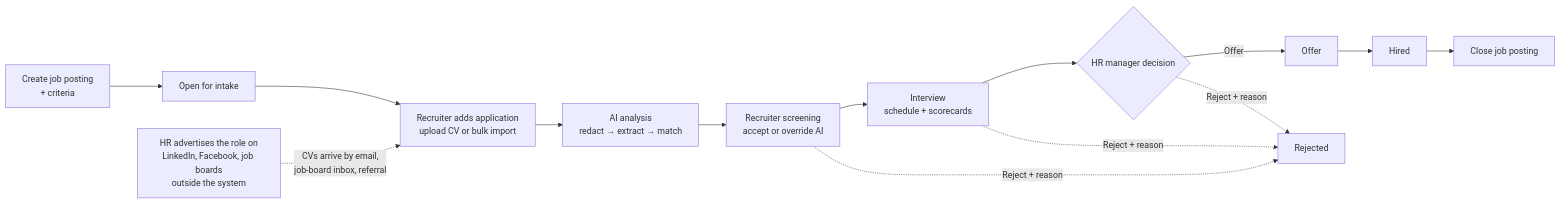
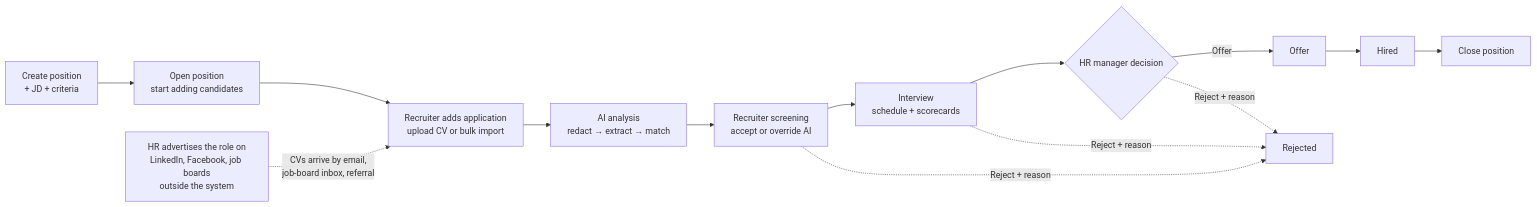
The diagram in docs/01-research-top-down.md (duongk18FPTU/recruitment-ats), drawn with Mermaid before and after one commit. The commit also changed other lines of this file and 19 other files, not shown here.

````diff
--- a/docs/01-research-top-down.md
+++ b/docs/01-research-top-down.md
@@ -68,16 +68,16 @@
 ```mermaid
 flowchart LR
-    A[Create job posting<br/>+ criteria] --> B[Open for intake]
+    A[Create position<br/>+ JD + criteria] --> B[Open position<br/>start adding candidates]
     X[HR advertises the role on<br/>LinkedIn, Facebook, job boards<br/>outside the system] -.->|CVs arrive by email,<br/>job-board inbox, referral| C
     B --> C[Recruiter adds application<br/>upload CV or bulk import]
     C --> D[AI analysis<br/>redact → extract → match]
     D --> E[Recruiter screening<br/>accept or override AI]
     E --> F[Interview<br/>schedule + scorecards]
     F --> G{HR manager decision}
     G -->|Offer| H[Offer]
     H --> I[Hired]
     E -.->|Reject + reason| R[Rejected]
     F -.->|Reject + reason| R
     G -.->|Reject + reason| R
-    I --> J[Close job posting]
+    I --> J[Close position]
 ```
````
